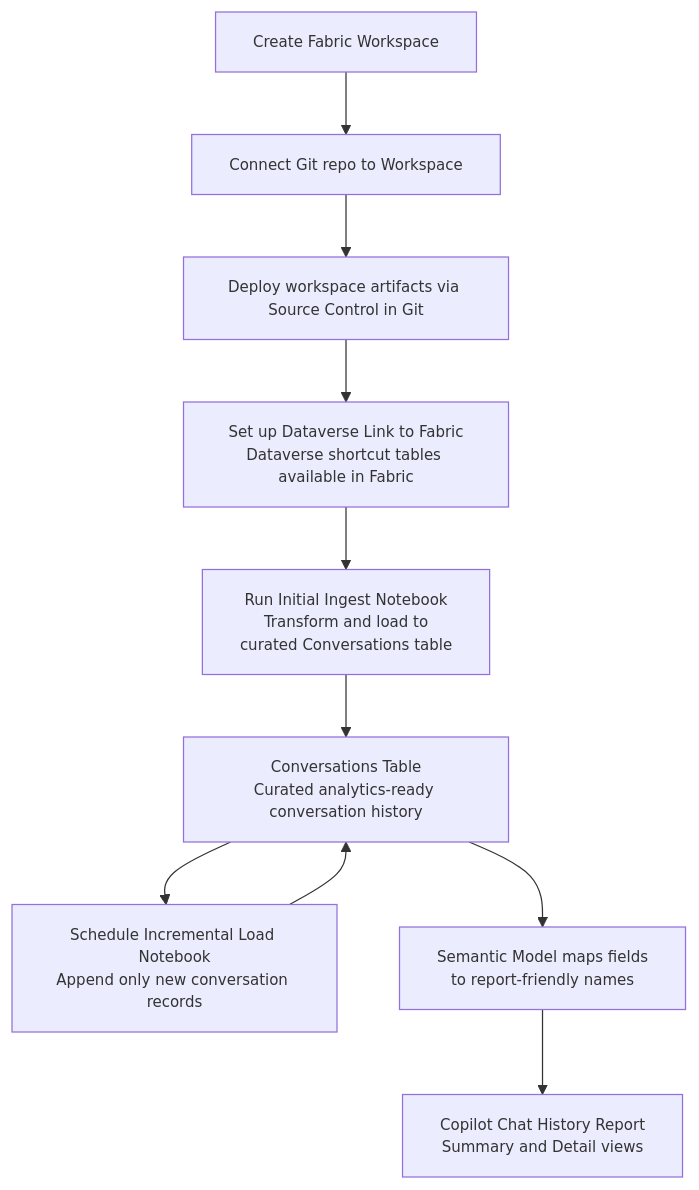
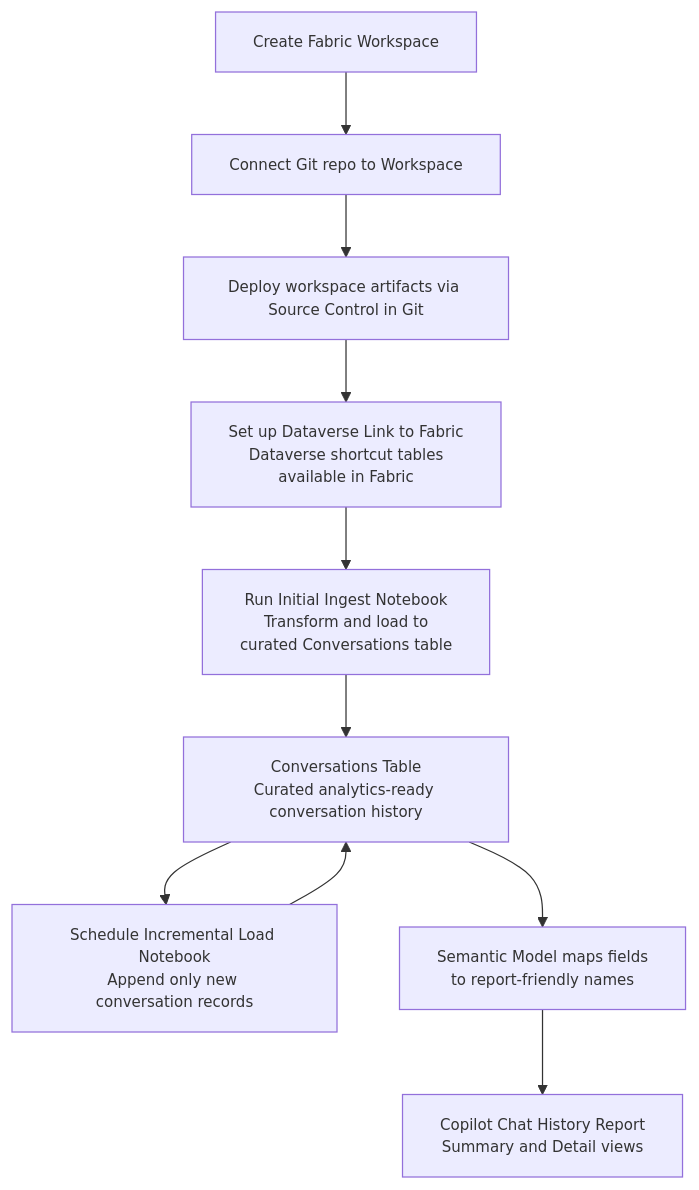
One commit to jcbendernh/copilot-chat-history-fabric changed the diagram in README.md. Above: the diagram before and after it, drawn with Mermaid.

````diff
--- a/README.md
+++ b/README.md
@@ -14,19 +14,19 @@
 ```mermaid
 %%{init: {"themeVariables": {"fontSize": "12px"}}}%%
 flowchart TD
 	A[Create Fabric Workspace] 
 	B[Connect Git repo to Workspace]
 	C[Deploy workspace artifacts via Source Control in Git]
-	D[Set up Dataverse Link to Fabric<BR>Dataverse shortcut tables available in Fabric]
-	E[Run Initial Ingest Notebook<BR>Transform and load to<br/>curated Conversations table]
+	D[Set up Dataverse Link to Fabric<br/>Dataverse shortcut tables<br/>available in Fabric]
+	E[Run Initial Ingest Notebook<br/>Transform and load to<br/>curated Conversations table]
     F[Conversations Table<br/>Curated analytics-ready conversation history]
-	G[Schedule Incremental Load Notebook<BR>Append only new conversation records]
+	G[Schedule Incremental Load Notebook<br/>Append only new <br/>conversation records]
 	H[Semantic Model maps fields<br/>to report-friendly names]
     I[Copilot Chat History Report<br/>Summary and Detail views]
 
 
     A --> B --> C--> D --> E --> F --> H --> I
     F --> G
     G --> F
 
 ```
````
